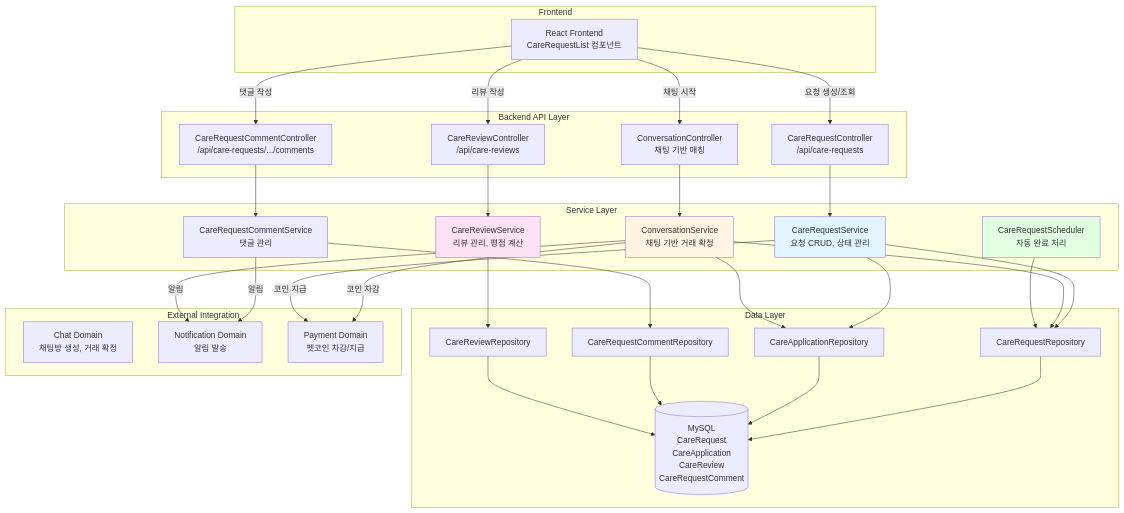
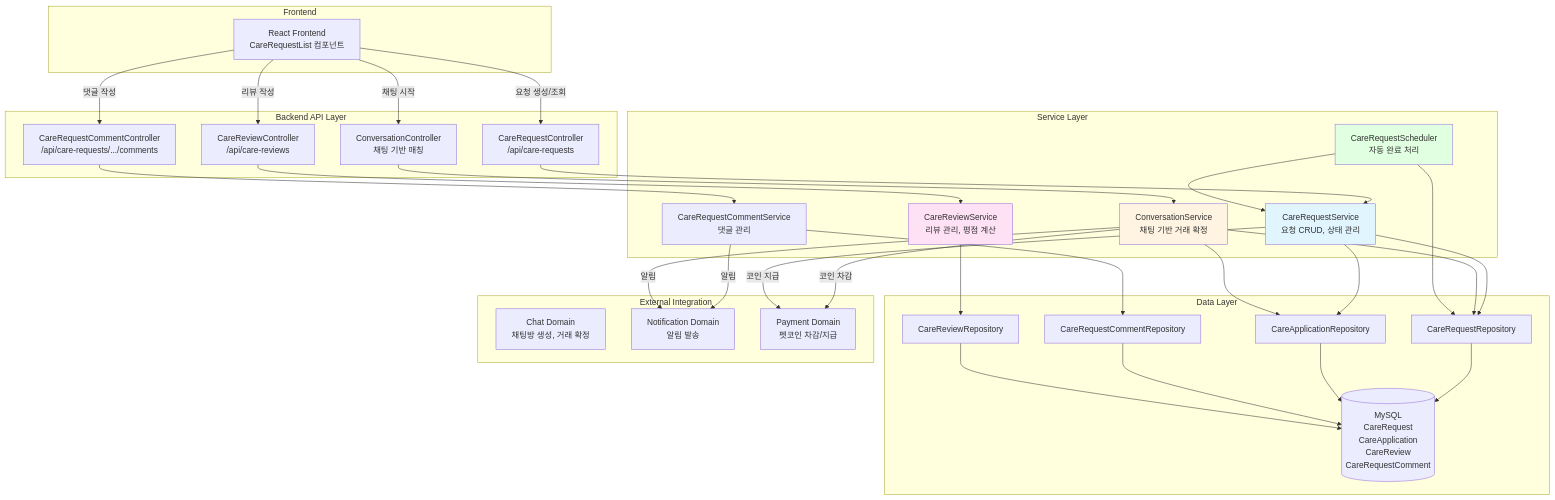
One commit to makkong1/Petory changed the first of 4 diagrams in docs/architecture/펫 케어 & 매칭 아키텍처.md. Above: the diagram before and after it, drawn with Mermaid. The commit also changed other lines of this file and 29 other files, not shown here.

````diff
--- a/docs/architecture/펫 케어 & 매칭 아키텍처.md
+++ b/docs/architecture/펫 케어 & 매칭 아키텍처.md
@@ -11,70 +11,71 @@
 ```mermaid
 graph TB
     subgraph "Frontend"
         FE[React Frontend<br/>CareRequestList 컴포넌트]
     end
     
     subgraph "Backend API Layer"
         CRC[CareRequestController<br/>/api/care-requests]
         CRCC[CareRequestCommentController<br/>/api/care-requests/.../comments]
         CRVC[CareReviewController<br/>/api/care-reviews]
         CC[ConversationController<br/>채팅 기반 매칭]
     end
     
     subgraph "Service Layer"
         CRS[CareRequestService<br/>요청 CRUD, 상태 관리]
         CRCS[CareRequestCommentService<br/>댓글 관리]
         CRVS[CareReviewService<br/>리뷰 관리, 평점 계산]
         CS[ConversationService<br/>채팅 기반 거래 확정]
         CRSCH[CareRequestScheduler<br/>자동 완료 처리]
     end
     
     subgraph "Data Layer"
         CRR[CareRequestRepository]
         CAR[CareApplicationRepository]
         CRCR[CareRequestCommentRepository]
         CRVR[CareReviewRepository]
         MySQL[(MySQL<br/>CareRequest<br/>CareApplication<br/>CareReview<br/>CareRequestComment)]
     end
     
     subgraph "External Integration"
         CHAT[Chat Domain<br/>채팅방 생성, 거래 확정]
         NOTI[Notification Domain<br/>알림 발송]
         PAYMENT[Payment Domain<br/>펫코인 차감/지급]
     end
     
     FE -->|요청 생성/조회| CRC
     FE -->|댓글 작성| CRCC
     FE -->|리뷰 작성| CRVC
     FE -->|채팅 시작| CC
     
     CRC --> CRS
     CRCC --> CRCS
     CRVC --> CRVS
     CC --> CS
     
     CRS --> CRR
     CRS --> CAR
     CRCS --> CRCR
     CRVS --> CRVR
     
     CS --> CAR
     CS --> CRR
     
+    CRSCH --> CRS
     CRSCH --> CRR
     
     CRR --> MySQL
     CAR --> MySQL
     CRCR --> MySQL
     CRVR --> MySQL
     
     CRCS -->|알림| NOTI
     CS -->|알림| NOTI
     CS -->|코인 차감| PAYMENT
     CRS -->|코인 지급| PAYMENT
     
     style CRS fill:#e1f5ff
     style CS fill:#fff4e1
     style CRVS fill:#ffe1f5
     style CRSCH fill:#e1ffe1
 ```
````
